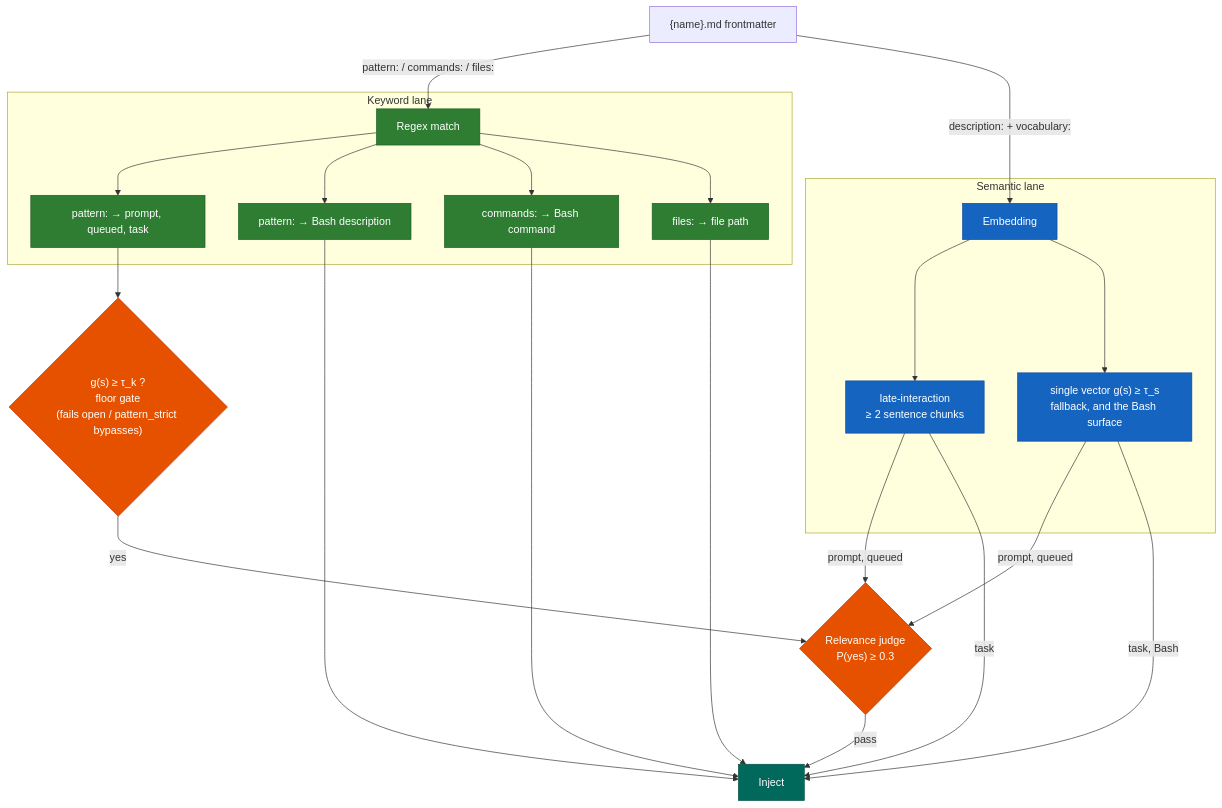
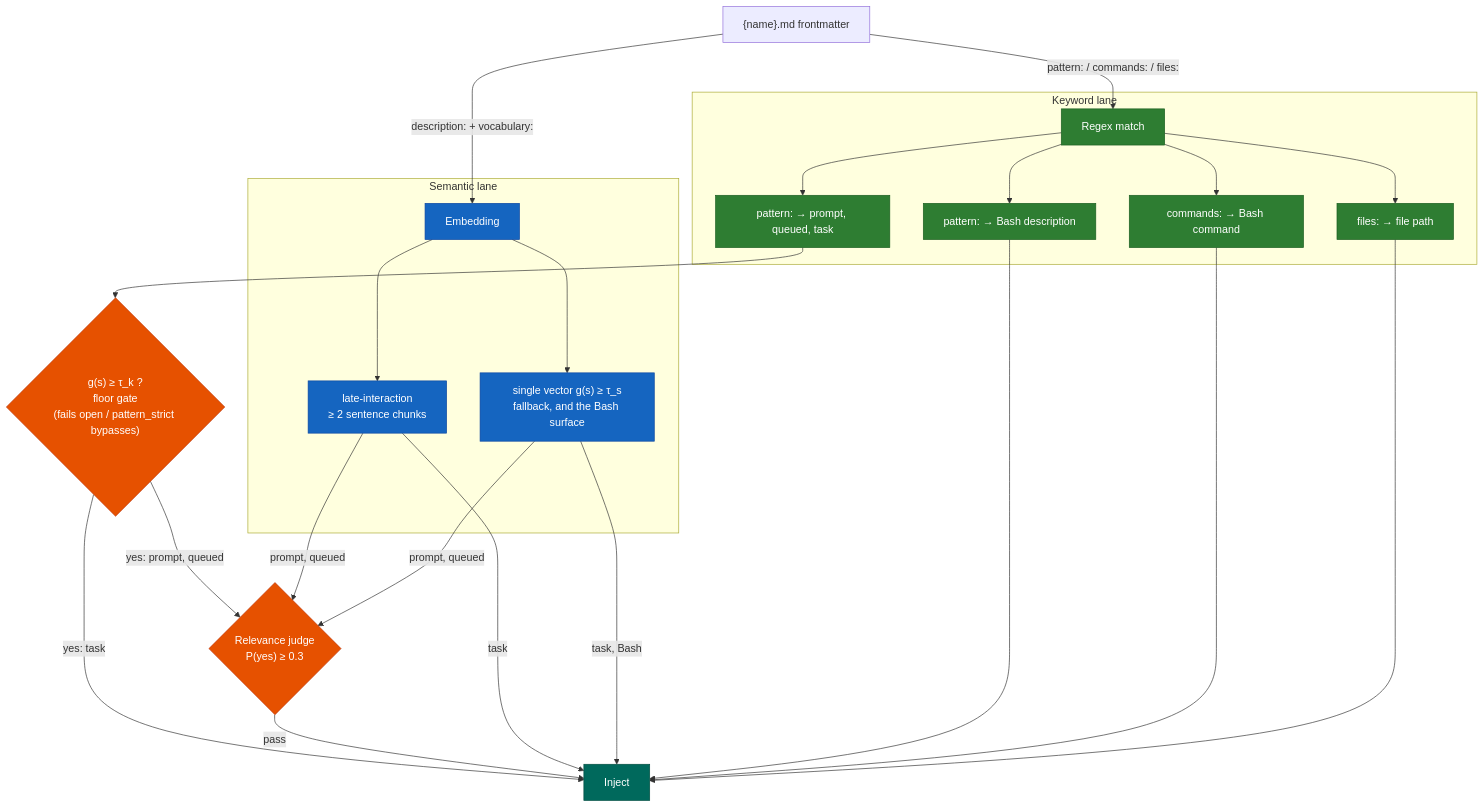
The second of 3 diagrams in docs/hooks-and-ways.md (aaronsb/agent-ways), drawn with Mermaid before and after one commit. The commit also changed other lines of this file and 9 other files, not shown here.

First line of the commit message:
docs(architecture): address review: agent scope, fire_score, judge lanes and switches

````diff
--- a/docs/hooks-and-ways.md
+++ b/docs/hooks-and-ways.md
@@ -172,37 +172,38 @@
 ```mermaid
 flowchart TD
     classDef regex fill:#2E7D32,stroke:#1B5E20,color:#fff
     classDef semantic fill:#1565C0,stroke:#0D47A1,color:#fff
     classDef decision fill:#E65100,stroke:#BF360C,color:#fff
     classDef result fill:#00695C,stroke:#004D40,color:#fff
 
     W["{name}.md frontmatter"]
     W -->|"pattern: / commands: / files:"| R
     W -->|"description: + vocabulary:"| S
 
     subgraph RX ["Keyword lane"]
         R[Regex match]:::regex
         R --> RP["pattern: → prompt, queued, task"]:::regex
         R --> RD["pattern: → Bash description"]:::regex
         R --> RC["commands: → Bash command"]:::regex
         R --> RF["files: → file path"]:::regex
     end
 
     subgraph SM ["Semantic lane"]
         S[Embedding]:::semantic
         S --> LI["late-interaction<br/>≥ 2 sentence chunks"]:::semantic
         S --> SV["single vector g(s) ≥ τ_s<br/>fallback, and the Bash surface"]:::semantic
     end
 
     RP --> GATE{"g(s) ≥ τ_k ?<br/>floor gate<br/>(fails open / pattern_strict bypasses)"}:::decision
-    GATE -->|yes| J
+    GATE -->|"yes: prompt, queued"| J
+    GATE -->|"yes: task"| FIRE
     LI -->|"prompt, queued"| J
     SV -->|"prompt, queued"| J
     J{"Relevance judge<br/>P(yes) ≥ 0.3"}:::decision
     J -->|pass| FIRE[Inject]:::result
     LI -->|task| FIRE
     SV -->|"task, Bash"| FIRE
     RD --> FIRE
     RC --> FIRE
     RF --> FIRE
 ```
````
